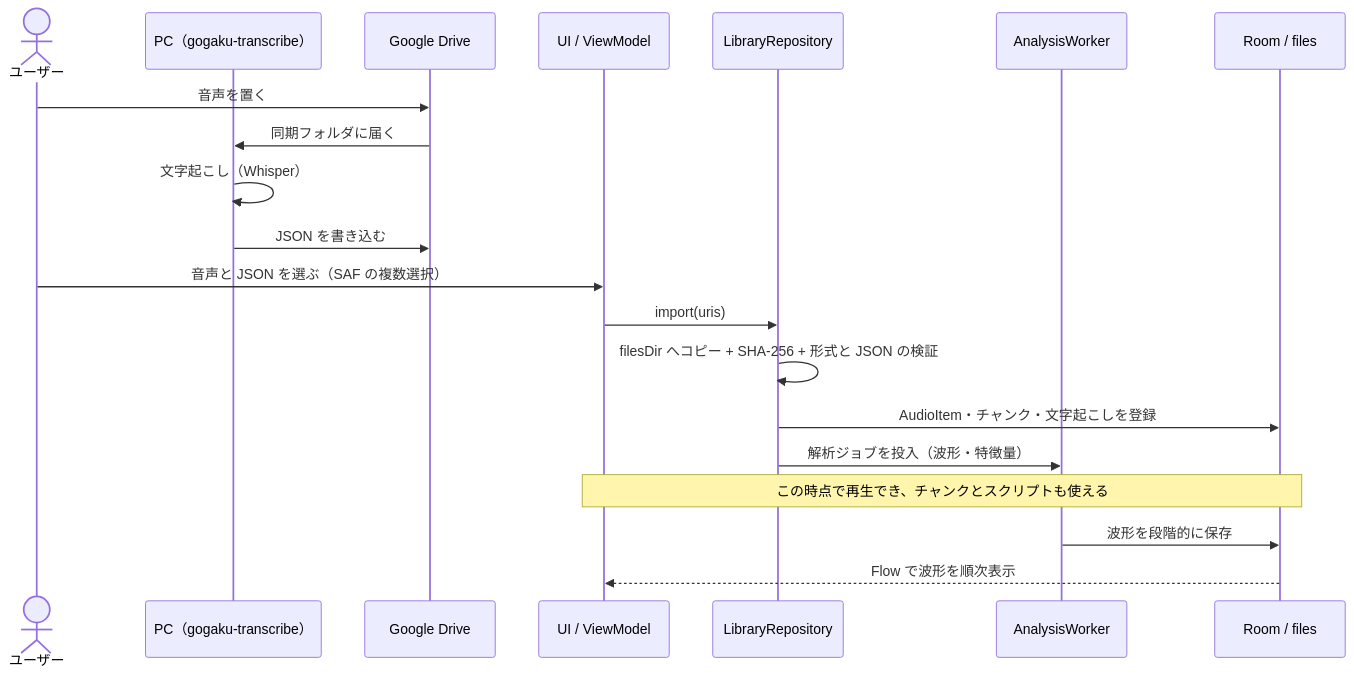
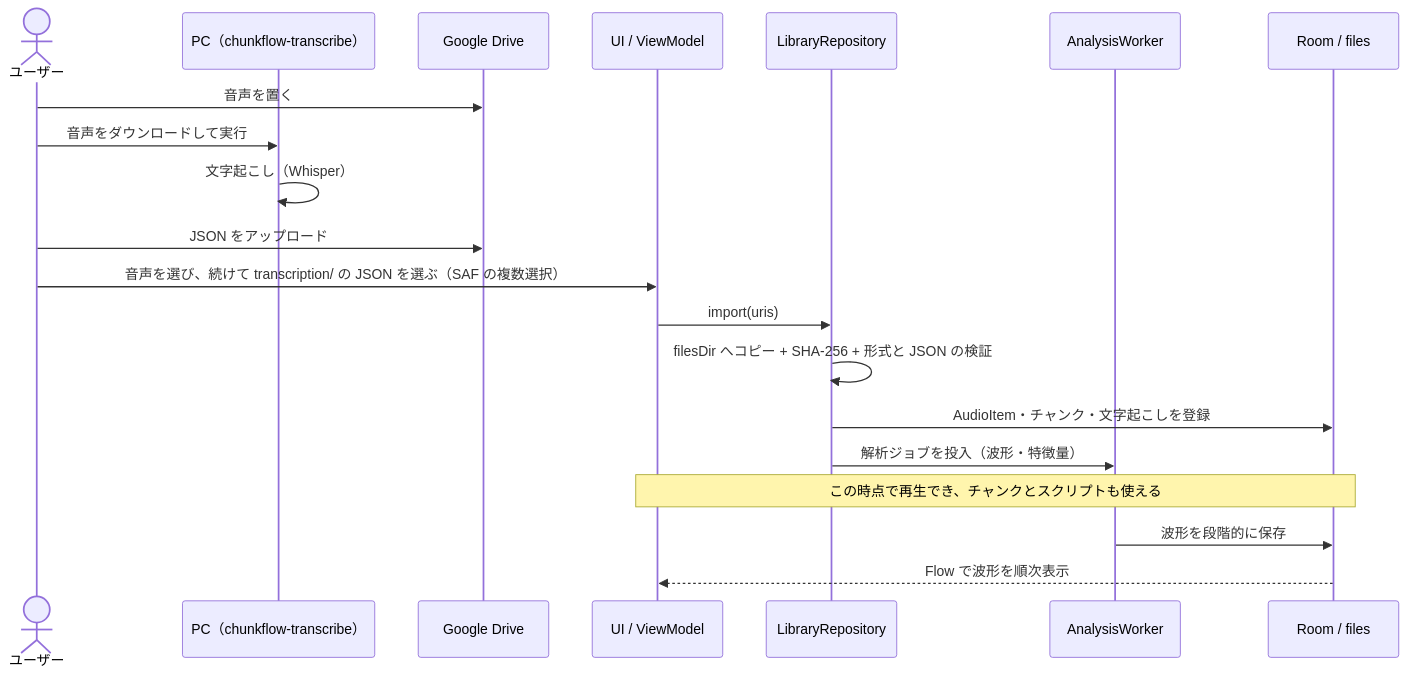
Before and after one commit to miuraken/chunk-flow: the second of 2 diagrams in design_doc.md, drawn with Mermaid. The commit also changed other lines of this file, not shown here.

````diff
--- a/design_doc.md
+++ b/design_doc.md
@@ -295,23 +307,23 @@
 ```mermaid
 sequenceDiagram
     actor U as ユーザー
-    participant PC as PC（gogaku-transcribe）
+    participant PC as PC（chunkflow-transcribe）
     participant G as Google Drive
     participant P as UI / ViewModel
     participant L as LibraryRepository
     participant W as AnalysisWorker
     participant D as Room / files
 
     U->>G: 音声を置く
-    G->>PC: 同期フォルダに届く
+    U->>PC: 音声をダウンロードして実行
     PC->>PC: 文字起こし（Whisper）
-    PC->>G: JSON を書き込む
-    U->>P: 音声と JSON を選ぶ（SAF の複数選択）
+    U->>G: JSON をアップロード
+    U->>P: 音声を選び、続けて transcription/ の JSON を選ぶ（SAF の複数選択）
     P->>L: import(uris)
     L->>L: filesDir へコピー + SHA-256 + 形式と JSON の検証
     L->>D: AudioItem・チャンク・文字起こしを登録
     L->>W: 解析ジョブを投入（波形・特徴量）
     Note over P,D: この時点で再生でき、チャンクとスクリプトも使える
     W->>D: 波形を段階的に保存
     D-->>P: Flow で波形を順次表示
 ```
````
